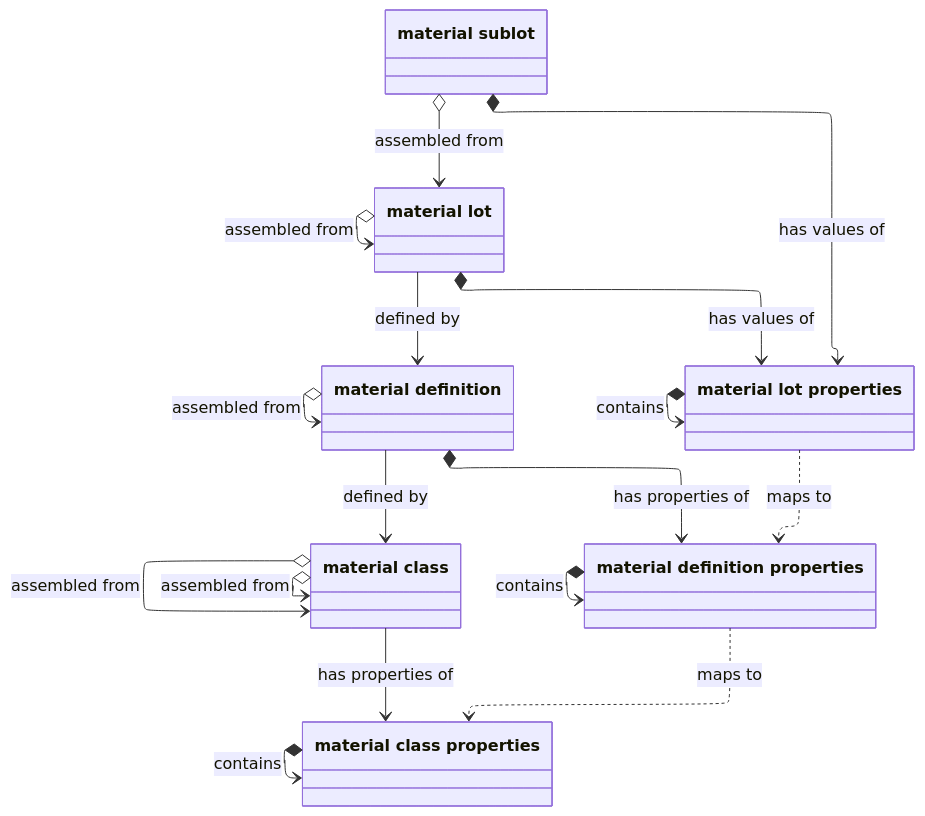
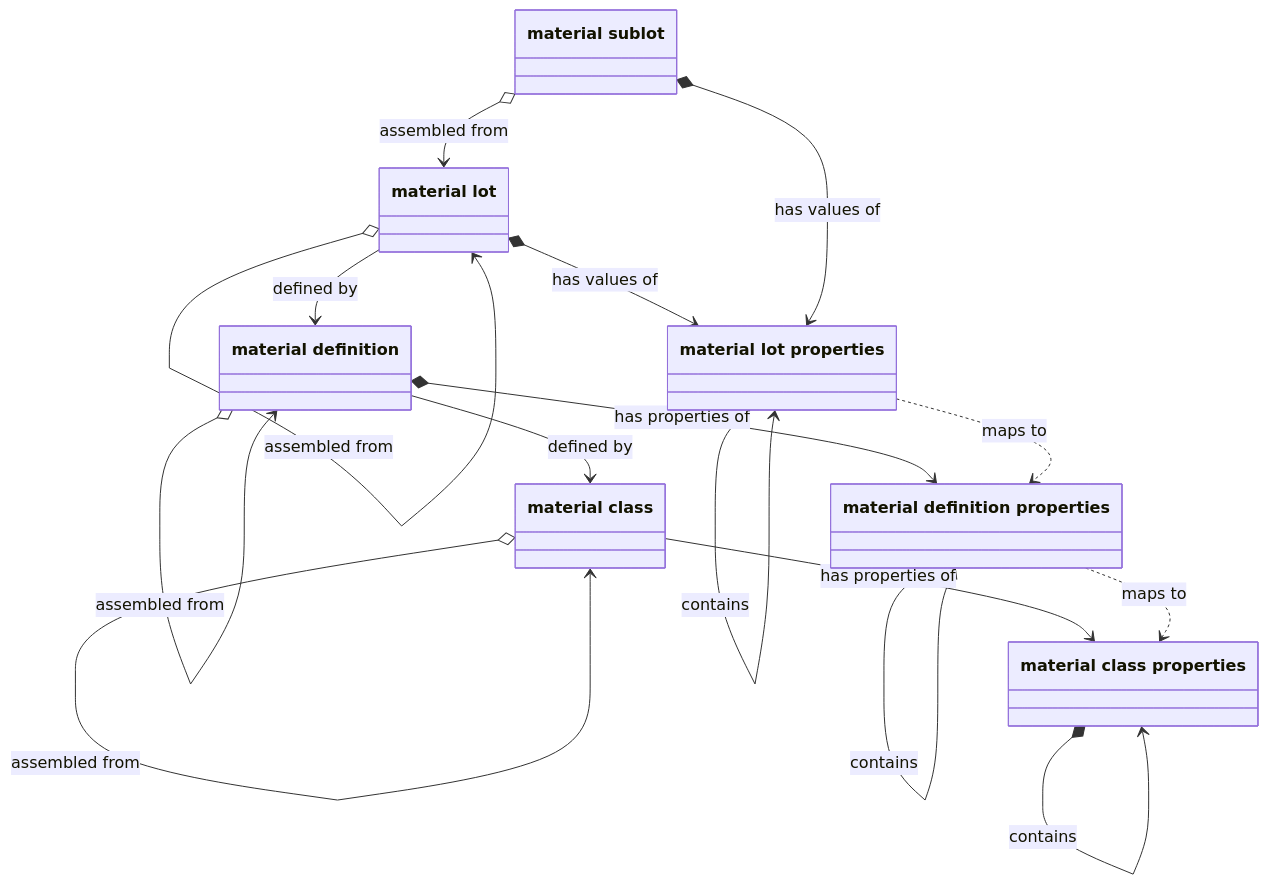
The first of 7 diagrams in content/isa-95/resources/material.md (libremfg/rhize-docs), drawn with Mermaid before and after one commit.

Commit message:
[Fix] remove ELK algo from mermaid render

````diff
--- a/content/isa-95/resources/material.md
+++ b/content/isa-95/resources/material.md
@@ -21,23 +21,19 @@
 ```mermaid
----
-config:
-  layout: elk
----
 classDiagram
 `material sublot` o--> `material lot` :assembled from
 `material lot` o--> `material lot` :assembled from
 `material definition` o--> `material definition` :assembled from
 `material class` o--> `material class` :assembled from
 `material class` o--> `material class` :assembled from
 `material lot` -->`material definition` :defined by
 `material definition` -->`material class` :defined by
 `material lot` *--> `material lot properties` :has values of
 `material sublot` *--> `material lot properties` :has values of
 `material definition` *-->`material definition properties` :has properties of
 `material class` -->`material class properties` :has properties of
 `material lot properties` ..> `material definition properties` :maps to
 `material definition properties` ..> `material class properties` :maps to
 `material lot properties` *--> `material lot properties` :contains
 `material definition properties` *--> `material definition properties` :contains
 `material class properties` *--> `material class properties` :contains
 ```
````
